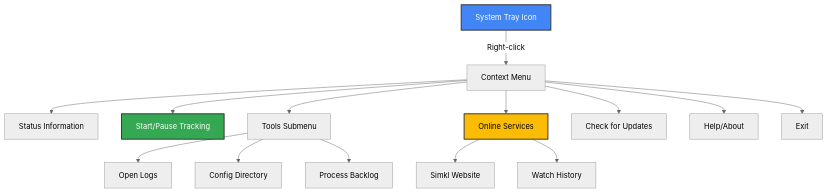
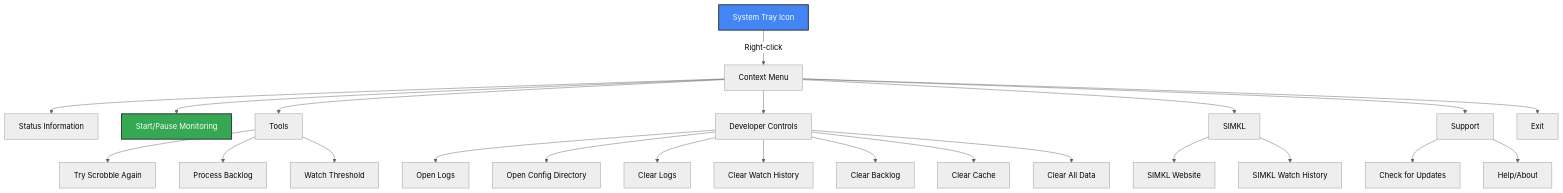
Before and after one commit to stewpan/Media-Player-Scrobbler-for-Simkl: the diagram in docs/linux-guide.md, drawn with Mermaid (neutral theme). The commit also changed other lines of this file and 8 other files, not shown here.

````diff
--- a/docs/linux-guide.md
+++ b/docs/linux-guide.md
@@ -216,19 +224,27 @@
 ```mermaid
 flowchart TD
-    A[System Tray Icon] -->|Right-click| B[Context Menu]
-    B --> C[Status Information]
-    B --> D[Start/Pause Tracking]
-    B --> E[Tools Submenu]
-    B --> F[Online Services]
-    E --> E1[Open Logs]
-    E --> E2[Config Directory]
-    E --> E3[Process Backlog]
-    F --> F1[Simkl Website]
-    F --> F2[Watch History]
-    B --> G[Check for Updates]
-    B --> H[Help/About]
-    B --> I[Exit]
-    style A fill:#4285f4,stroke:#333,stroke-width:2px,color:#fff
-    style D fill:#34a853,stroke:#333,stroke-width:2px,color:#fff
-    style F fill:#fbbc05,stroke:#333,stroke-width:2px
+   A[System Tray Icon] -->|Right-click| B[Context Menu]
+   B --> C[Status Information]
+   B --> D[Start/Pause Monitoring]
+   B --> E[Tools]
+   E --> E1[Try Scrobble Again]
+   E --> E2[Process Backlog]
+   E --> E3[Watch Threshold]
+   B --> F[Developer Controls]
+   F --> F1[Open Logs]
+   F --> F2[Open Config Directory]
+   F --> F3[Clear Logs]
+   F --> F4[Clear Watch History]
+   F --> F5[Clear Backlog]
+   F --> F6[Clear Cache]
+   F --> F7[Clear All Data]
+   B --> G[SIMKL]
+   G --> G1[SIMKL Website]
+   G --> G2[SIMKL Watch History]
+   B --> H[Support]
+   H --> H1[Check for Updates]
+   H --> H2[Help/About]
+   B --> I[Exit]
+   style A fill:#4285f4,stroke:#333,stroke-width:2px,color:#fff
+   style D fill:#34a853,stroke:#333,stroke-width:2px,color:#fff
 ```
````
